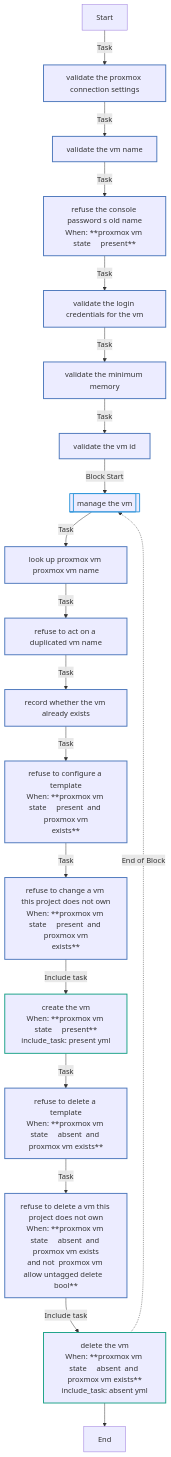
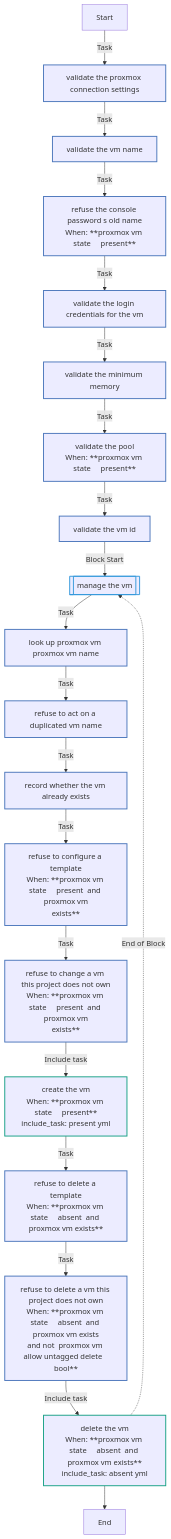
The first of 3 diagrams in docs/reference/roles/proxmox_vm.md (kawadeomkar/agent-warehouse), drawn with Mermaid before and after one commit. The commit also changed other lines of this file and 30 other files, not shown here.

````diff
--- a/docs/reference/roles/proxmox_vm.md
+++ b/docs/reference/roles/proxmox_vm.md
@@ -127,31 +129,32 @@
 ```mermaid
 flowchart TD
 Start
 classDef block stroke:#3498db,stroke-width:2px;
 classDef task stroke:#4b76bb,stroke-width:2px;
 classDef includeTasks stroke:#16a085,stroke-width:2px;
 classDef importTasks stroke:#34495e,stroke-width:2px;
 classDef includeRole stroke:#2980b9,stroke-width:2px;
 classDef importRole stroke:#699ba7,stroke-width:2px;
 classDef includeVars stroke:#8e44ad,stroke-width:2px;
 classDef rescue stroke:#665352,stroke-width:2px;
 
   Start-->|Task| Validate_the_Proxmox_connection_settings0[validate the proxmox connection settings]:::task
   Validate_the_Proxmox_connection_settings0-->|Task| Validate_the_VM_name1[validate the vm name]:::task
   Validate_the_VM_name1-->|Task| Refuse_the_console_password_s_old_name2[refuse the console password s old name<br>When: **proxmox vm state     present**]:::task
   Refuse_the_console_password_s_old_name2-->|Task| Validate_the_login_credentials_for_the_VM3[validate the login credentials for the vm]:::task
   Validate_the_login_credentials_for_the_VM3-->|Task| Validate_the_minimum_memory4[validate the minimum memory]:::task
-  Validate_the_minimum_memory4-->|Task| Validate_the_VM_ID5[validate the vm id]:::task
-  Validate_the_VM_ID5-->|Block Start| Manage_the_VM6_block_start_0[[manage the vm]]:::block
-  Manage_the_VM6_block_start_0-->|Task| Look_up_Proxmox_VM_proxmox_vm_name0[look up proxmox vm proxmox vm name]:::task
+  Validate_the_minimum_memory4-->|Task| Validate_the_pool5[validate the pool<br>When: **proxmox vm state     present**]:::task
+  Validate_the_pool5-->|Task| Validate_the_VM_ID6[validate the vm id]:::task
+  Validate_the_VM_ID6-->|Block Start| Manage_the_VM7_block_start_0[[manage the vm]]:::block
+  Manage_the_VM7_block_start_0-->|Task| Look_up_Proxmox_VM_proxmox_vm_name0[look up proxmox vm proxmox vm name]:::task
   Look_up_Proxmox_VM_proxmox_vm_name0-->|Task| Refuse_to_act_on_a_duplicated_VM_name1[refuse to act on a duplicated vm name]:::task
   Refuse_to_act_on_a_duplicated_VM_name1-->|Task| Record_whether_the_VM_already_exists2[record whether the vm already exists]:::task
   Record_whether_the_VM_already_exists2-->|Task| Refuse_to_configure_a_template3[refuse to configure a template<br>When: **proxmox vm state     present  and proxmox vm<br>exists**]:::task
   Refuse_to_configure_a_template3-->|Task| Refuse_to_change_a_VM_this_project_does_not_own4[refuse to change a vm this project does not own<br>When: **proxmox vm state     present  and proxmox vm<br>exists**]:::task
   Refuse_to_change_a_VM_this_project_does_not_own4-->|Include task| Create_the_VM_present_yml_5[create the vm<br>When: **proxmox vm state     present**<br>include_task: present yml]:::includeTasks
   Create_the_VM_present_yml_5-->|Task| Refuse_to_delete_a_template6[refuse to delete a template<br>When: **proxmox vm state     absent  and proxmox vm exists**]:::task
   Refuse_to_delete_a_template6-->|Task| Refuse_to_delete_a_VM_this_project_does_not_own7[refuse to delete a vm this project does not own<br>When: **proxmox vm state     absent  and proxmox vm exists<br>and not  proxmox vm allow untagged delete   bool**]:::task
   Refuse_to_delete_a_VM_this_project_does_not_own7-->|Include task| Delete_the_VM_absent_yml_8[delete the vm<br>When: **proxmox vm state     absent  and proxmox vm exists**<br>include_task: absent yml]:::includeTasks
-  Delete_the_VM_absent_yml_8-.->|End of Block| Manage_the_VM6_block_start_0
+  Delete_the_VM_absent_yml_8-.->|End of Block| Manage_the_VM7_block_start_0
   Delete_the_VM_absent_yml_8-->End
 ```
````
